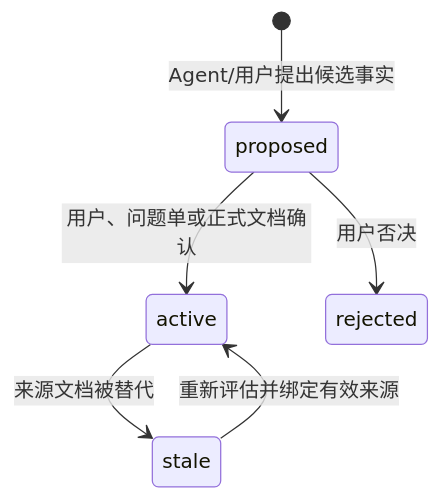
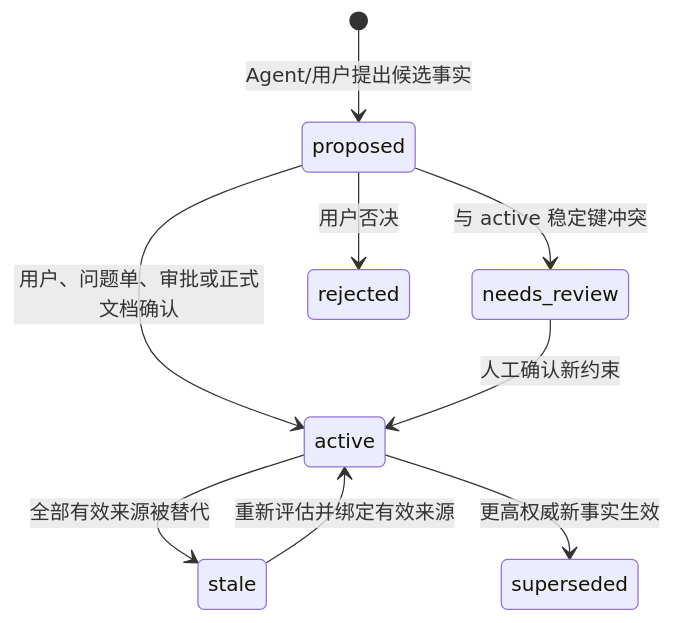
Before and after one commit to yaowensial-g/chipDesignAgent: the fourth of 10 diagrams in docs/architecture-overview.md, drawn with Mermaid. The commit also changed other lines of this file and 19 other files, not shown here.

````diff
--- a/docs/architecture-overview.md
+++ b/docs/architecture-overview.md
@@ -246,8 +242,11 @@
 ```mermaid
 stateDiagram-v2
     [*] --> proposed: Agent/用户提出候选事实
-    proposed --> active: 用户、问题单或正式文档确认
-    active --> stale: 来源文档被替代
+    proposed --> active: 用户、问题单、审批或正式文档确认
+    proposed --> needs_review: 与 active 稳定键冲突
+    needs_review --> active: 人工确认新约束
+    active --> stale: 全部有效来源被替代
+    active --> superseded: 更高权威新事实生效
     proposed --> rejected: 用户否决
     stale --> active: 重新评估并绑定有效来源
 ```
````
